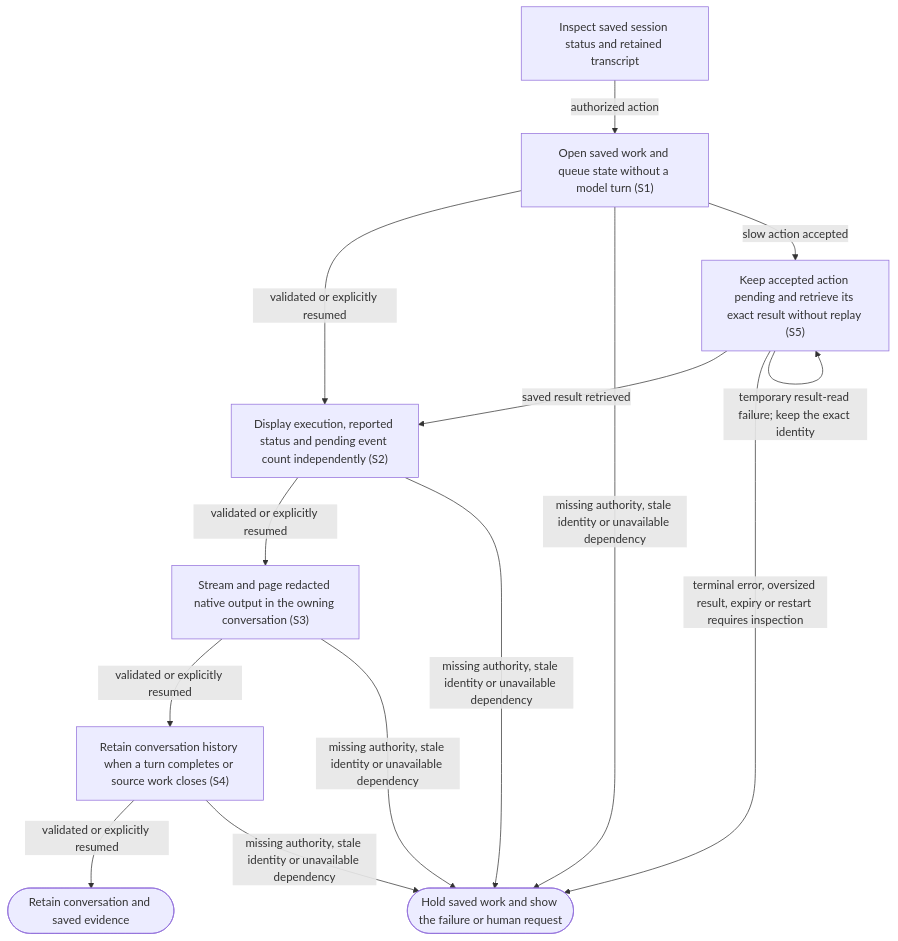
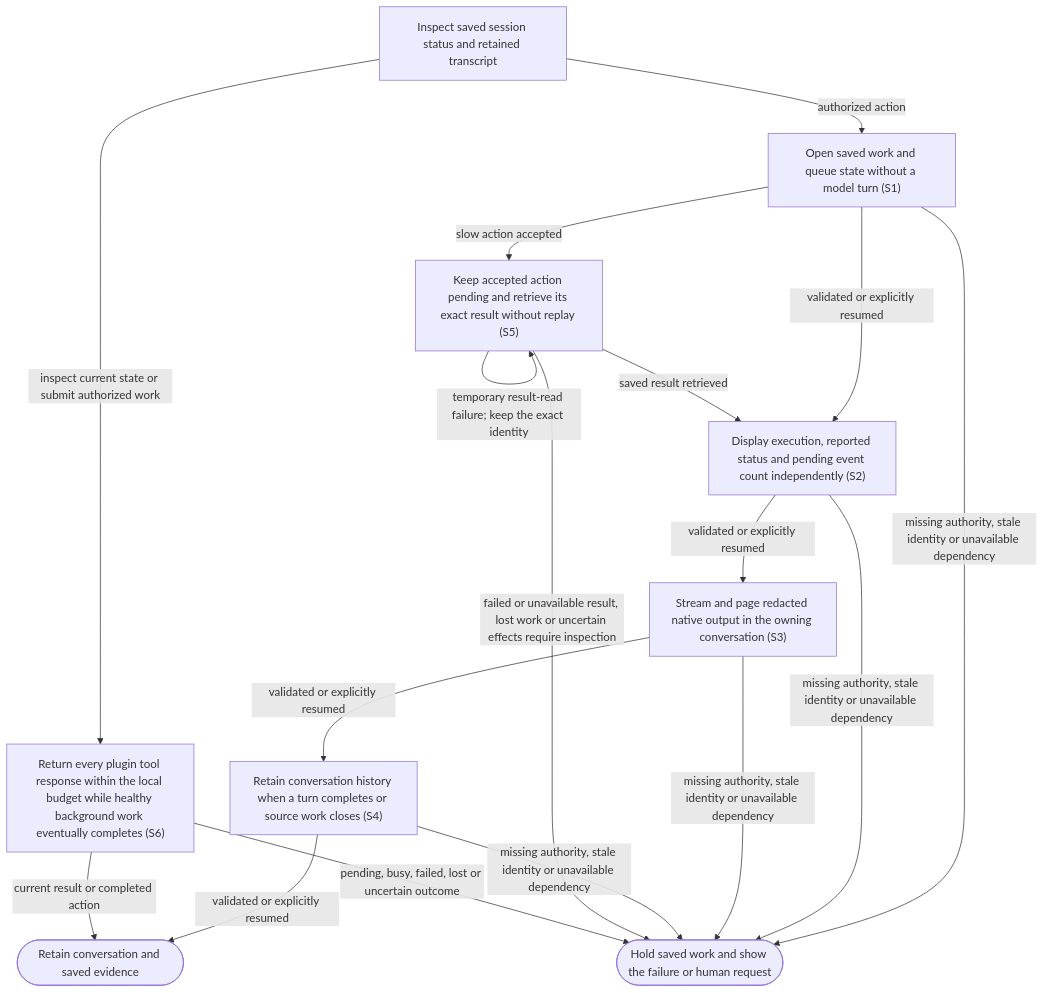
Before and after one commit to dk-code-factory/code-factory-plugin: the diagram in docs/user-flows/view-live-work.md, drawn with Mermaid. The commit also changed other lines of this file and 77 other files, not shown here.

First line of the commit message:
Keep plugin API v2 reads and operations within the response budget

````diff
--- a/docs/user-flows/view-live-work.md
+++ b/docs/user-flows/view-live-work.md
@@ -59,24 +74,28 @@
 ```mermaid
 flowchart TD
     N0["Inspect saved session status and retained transcript"]
     N1["Open saved work and queue state without a model turn #40;S1#41;"]
     N2["Display execution, reported status and pending event count independently #40;S2#41;"]
     N3["Stream and page redacted native output in the owning conversation #40;S3#41;"]
     N4["Retain conversation history when a turn completes or source work closes #40;S4#41;"]
     N5(["Hold saved work and show the failure or human request"])
     N6(["Retain conversation and saved evidence"])
     N7["Keep accepted action pending and retrieve its exact result without replay #40;S5#41;"]
+    N8["Return every plugin tool response within the local budget while healthy background work eventually completes #40;S6#41;"]
     N0 -->|"authorized action"| N1
     N1 -->|"validated or explicitly resumed"| N2
     N1 -->|"missing authority, stale identity or unavailable dependency"| N5
     N2 -->|"validated or explicitly resumed"| N3
     N2 -->|"missing authority, stale identity or unavailable dependency"| N5
     N3 -->|"validated or explicitly resumed"| N4
     N3 -->|"missing authority, stale identity or unavailable dependency"| N5
     N4 -->|"validated or explicitly resumed"| N6
     N4 -->|"missing authority, stale identity or unavailable dependency"| N5
     N1 -->|"slow action accepted"| N7
     N7 -->|"saved result retrieved"| N2
-    N7 -->|"terminal error, oversized result, expiry or restart requires inspection"| N5
+    N7 -->|"failed or unavailable result, lost work or uncertain effects require inspection"| N5
     N7 -->|"temporary result-read failure#59; keep the exact identity"| N7
+    N0 -->|"inspect current state or submit authorized work"| N8
+    N8 -->|"current result or completed action"| N6
+    N8 -->|"pending, busy, failed, lost or uncertain outcome"| N5
 ```
````
